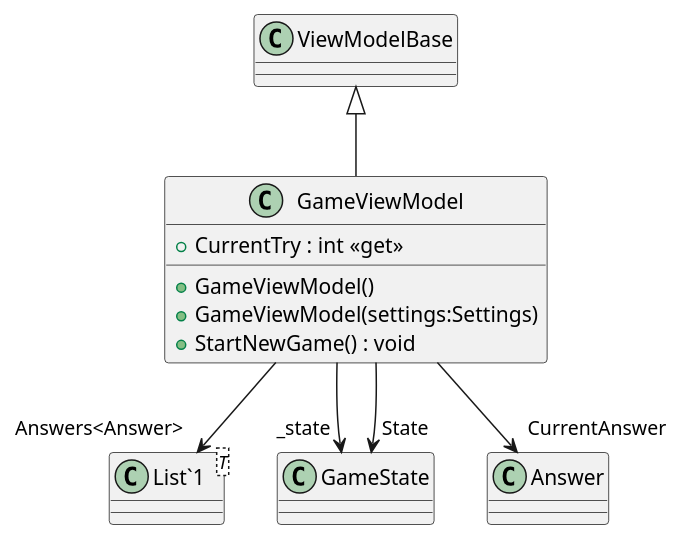
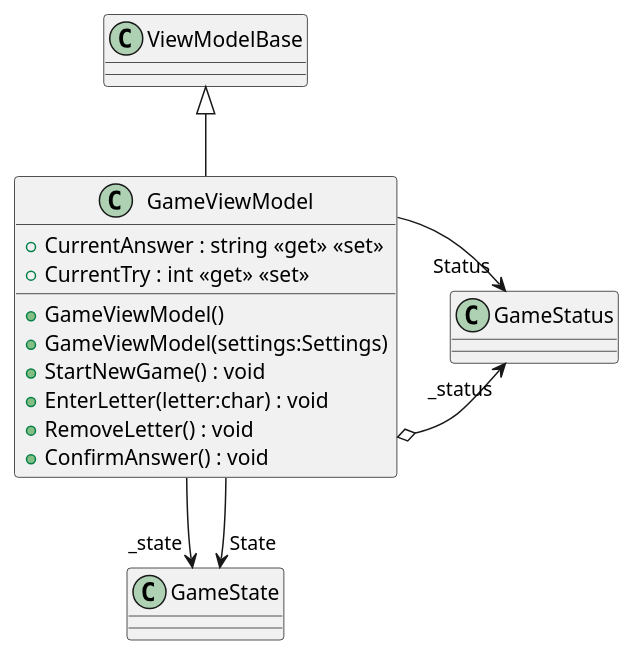
One commit to Caellian/UNIRI_OP_project changed the diagram in PlantUML/ViewModels/GameViewModel.puml. Above: the diagram before and after it, drawn with PlantUML. The commit also changed 22 other files, not shown here.

```diff
--- a/PlantUML/ViewModels/GameViewModel.puml
+++ b/PlantUML/ViewModels/GameViewModel.puml
@@ -1,15 +1,17 @@
 @startuml
 class GameViewModel {
     + GameViewModel()
     + GameViewModel(settings:Settings)
-    + CurrentTry : int <<get>>
+    + CurrentAnswer : string <<get>> <<set>>
+    + CurrentTry : int <<get>> <<set>>
     + StartNewGame() : void
-}
-class "List`1"<T> {
+    + EnterLetter(letter:char) : void
+    + RemoveLetter() : void
+    + ConfirmAnswer() : void
 }
 ViewModelBase <|-- GameViewModel
 GameViewModel --> "_state" GameState
+GameViewModel o-> "_status" GameStatus
 GameViewModel --> "State" GameState
-GameViewModel --> "Answers<Answer>" "List`1"
-GameViewModel --> "CurrentAnswer" Answer
+GameViewModel --> "Status" GameStatus
 @enduml
```
